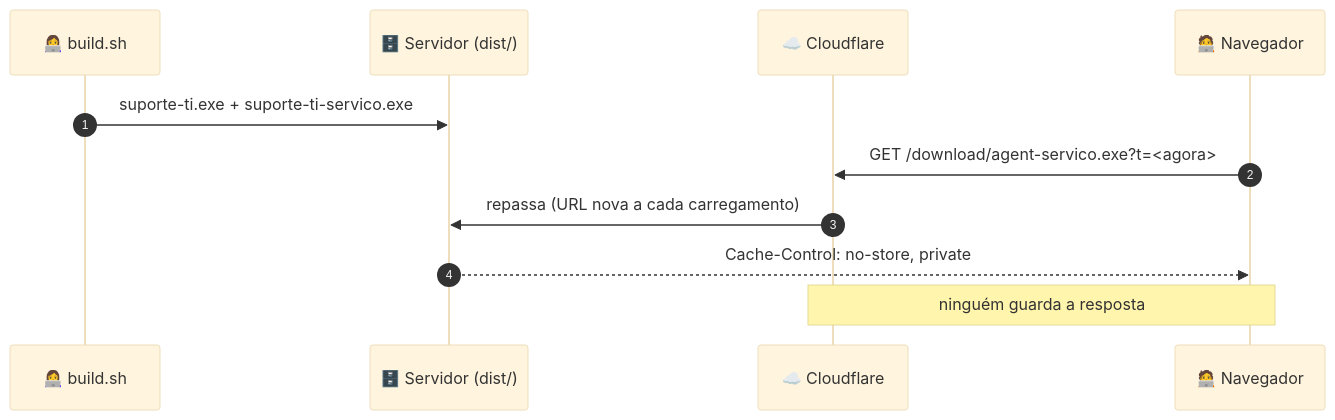
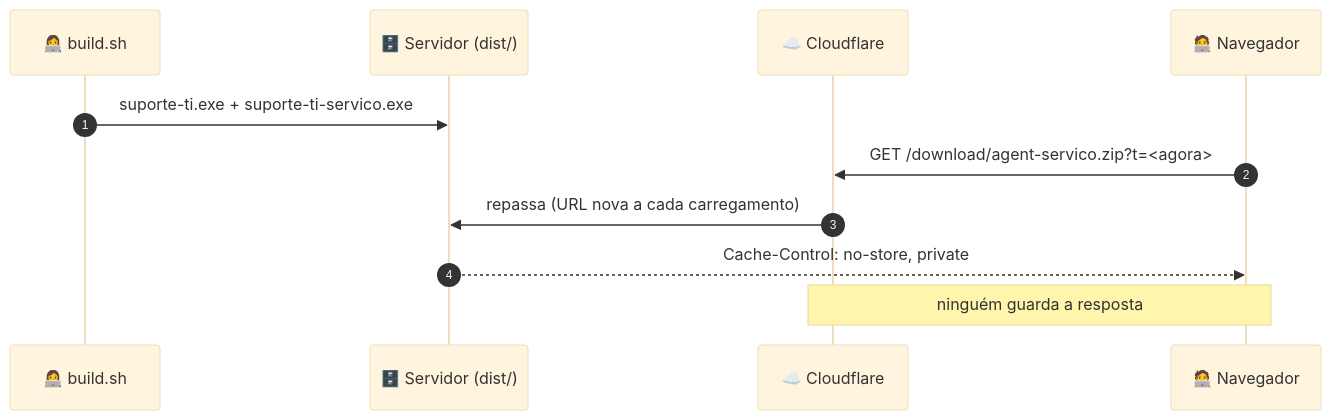
Diagram 16 of 21 in docs/FLUXOS.md (caetasousa/remoteIT), drawn with Mermaid (base theme) before and after one commit. The commit also changed other lines of this file and 15 other files, not shown here.

````diff
--- a/docs/FLUXOS.md
+++ b/docs/FLUXOS.md
@@ -558,13 +558,13 @@
 ```mermaid
 sequenceDiagram
     autonumber
     participant DEV as 👩‍💻 build.sh
     participant SRV as 🗄️ Servidor (dist/)
     participant CF as ☁️ Cloudflare
     participant N as 🧑‍💻 Navegador
     DEV->>SRV: suporte-ti.exe + suporte-ti-servico.exe
-    N->>CF: GET /download/agent-servico.exe?t=<agora>
+    N->>CF: GET /download/agent-servico.zip?t=<agora>
     CF->>SRV: repassa (URL nova a cada carregamento)
     SRV-->>N: Cache-Control: no-store, private
     Note over CF,N: ninguém guarda a resposta
 ```
````
